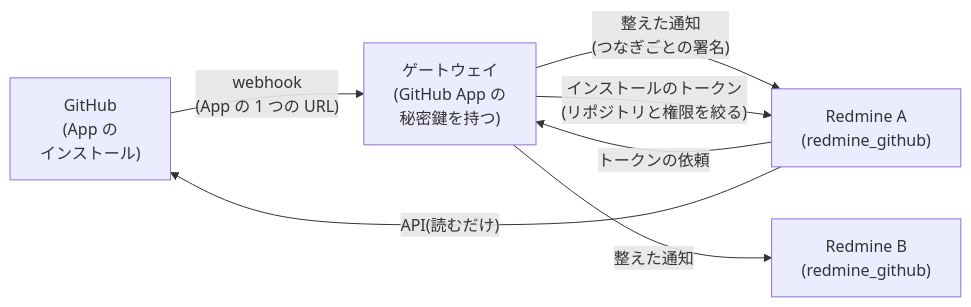
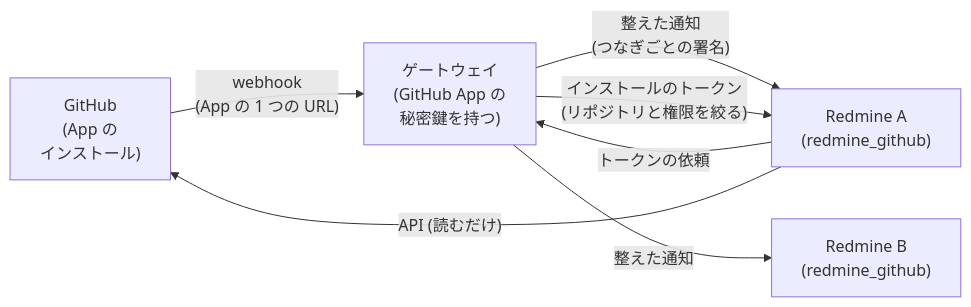
Before and after one commit to redmine-kit/redmine_github: the first of 2 diagrams in docs/ja/design.md, drawn with Mermaid. The commit also changed other lines of this file and 2 other files, not shown here.

````diff
--- a/docs/ja/design.md
+++ b/docs/ja/design.md
@@ -24,14 +24,14 @@
 ```mermaid
 flowchart LR
   gh["GitHub<br>(App の<br>インストール)"]
   gw["ゲートウェイ<br>(GitHub App の<br>秘密鍵を持つ)"]
   r1["Redmine A<br>(redmine_github)"]
   r2["Redmine B<br>(redmine_github)"]
 
   gh -- "webhook<br>(App の 1 つの URL)" --> gw
   gw -- "整えた通知<br>(つなぎごとの署名)" --> r1
   gw -- "整えた通知" --> r2
   r1 -- "トークンの依頼" --> gw
   gw -- "インストールのトークン<br>(リポジトリと権限を絞る)" --> r1
-  r1 -- "API(読むだけ)" --> gh
+  r1 -- "API (読むだけ)" --> gh
 ```
````
